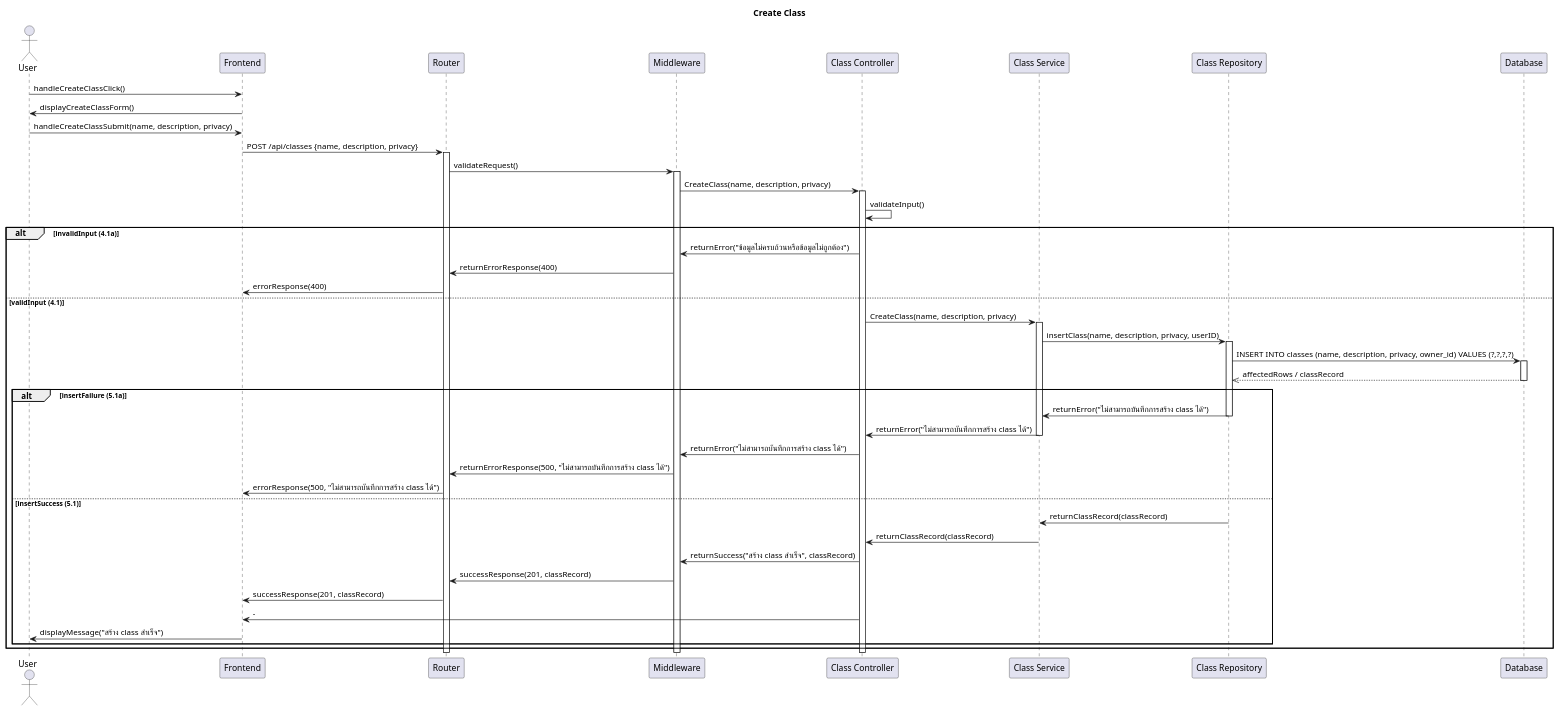
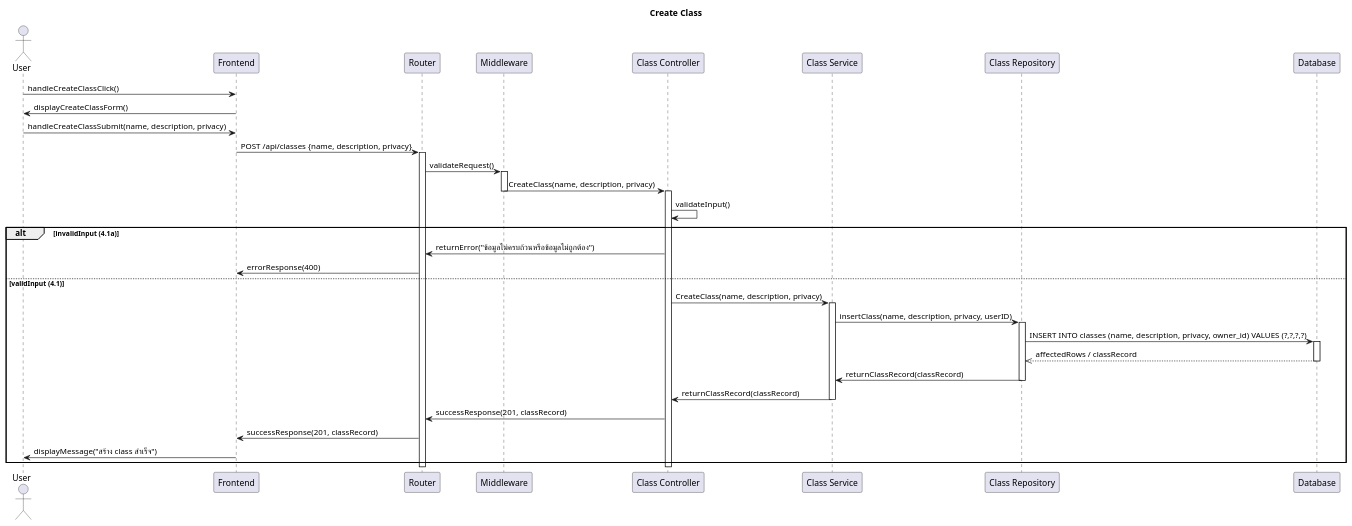
The diagram in SD-Create-Class.puml (CS371-Project-Management/CS371-Sequence-Diagram), drawn with PlantUML before and after one commit. The commit also changed 4 other files, not shown here.

```diff
--- a/SD-Create-Class.puml
+++ b/SD-Create-Class.puml
@@ -1,64 +1,53 @@
 @startuml
 title Create Class
 
 actor User
 participant "Frontend" as FE
 participant Router
 participant "Middleware" as MW
 participant "Class Controller" as Controller
 participant "Class Service" as Service
 participant "Class Repository" as Repository
 participant "Database" as DB
 
 'Display Create Class Form'
 User -> FE: handleCreateClassClick()
 FE -> User: displayCreateClassForm()
 
 'Submit Create Class'
 User -> FE: handleCreateClassSubmit(name, description, privacy)
 FE -> Router: POST /api/classes {name, description, privacy}
 activate Router
 Router -> MW: validateRequest()
 activate MW
 MW -> Controller: CreateClass(name, description, privacy)
+deactivate MW
 activate Controller
 Controller -> Controller: validateInput()
 
 alt invalidInput (4.1a)
-    Controller -> MW: returnError("ข้อมูลไม่ครบถ้วนหรือข้อมูลไม่ถูกต้อง")
-    MW -> Router: returnErrorResponse(400)
+    Controller -> Router: returnError("ข้อมูลไม่ครบถ้วนหรือข้อมูลไม่ถูกต้อง")
     Router -> FE: errorResponse(400)
 else validInput (4.1)
     Controller -> Service: CreateClass(name, description, privacy)
     activate Service
     Service -> Repository: insertClass(name, description, privacy, userID)
     activate Repository
     Repository -> DB: INSERT INTO classes (name, description, privacy, owner_id) VALUES (?,?,?,?)
     activate DB
     DB -->> Repository: affectedRows / classRecord
     deactivate DB
-    alt insertFailure (5.1a)
-        Repository -> Service: returnError("ไม่สามารถบันทึกการสร้าง class ได้")
-        deactivate Repository
-        Service -> Controller: returnError("ไม่สามารถบันทึกการสร้าง class ได้")
-        deactivate Service
-        Controller -> MW: returnError("ไม่สามารถบันทึกการสร้าง class ได้")
-        MW -> Router: returnErrorResponse(500, "ไม่สามารถบันทึกการสร้าง class ได้")
-        Router -> FE: errorResponse(500, "ไม่สามารถบันทึกการสร้าง class ได้")
-    else insertSuccess (5.1)
+
         Repository -> Service: returnClassRecord(classRecord)
         deactivate Repository
         Service -> Controller: returnClassRecord(classRecord)
         deactivate Service
-        Controller -> MW: returnSuccess("สร้าง class สำเร็จ", classRecord)
-        MW -> Router: successResponse(201, classRecord)
+        Controller -> Router: successResponse(201, classRecord)
         Router -> FE: successResponse(201, classRecord)
-        Controller -> FE: -
         FE -> User: displayMessage("สร้าง class สำเร็จ")
-    end
 end
 deactivate Controller
 deactivate MW
 deactivate Router
 
 @enduml
```
